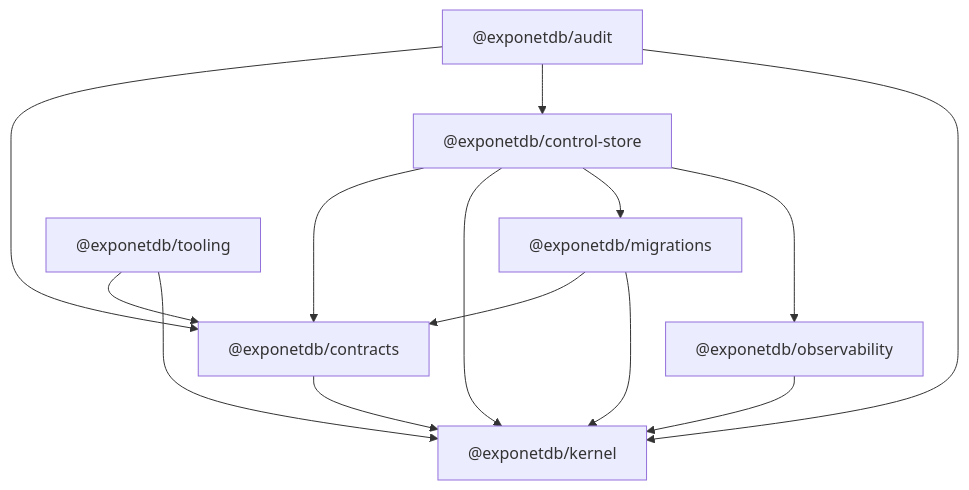
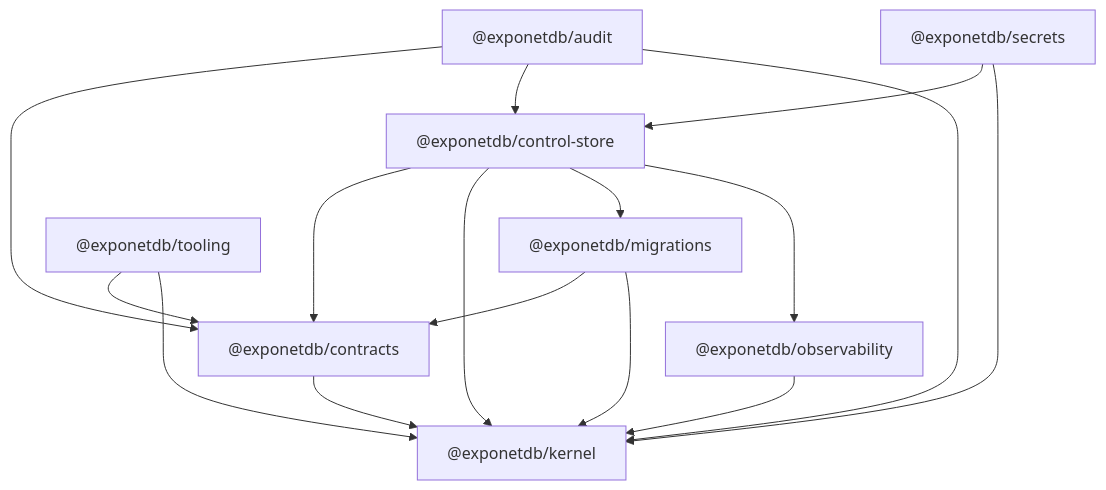
One commit to davdxpx/ExponetDB changed the diagram in tooling/boundaries/package-graph.md. Above: the diagram before and after it, drawn with Mermaid. The commit also changed 26 other files, not shown here.

````diff
--- a/tooling/boundaries/package-graph.md
+++ b/tooling/boundaries/package-graph.md
@@ -7,23 +7,26 @@
 ```mermaid
 graph TD
   packages_audit["@exponetdb/audit"]
   packages_contracts["@exponetdb/contracts"]
   packages_control-store["@exponetdb/control-store"]
   packages_kernel["@exponetdb/kernel"]
   packages_migrations["@exponetdb/migrations"]
   packages_observability["@exponetdb/observability"]
+  packages_secrets["@exponetdb/secrets"]
   tooling["@exponetdb/tooling"]
   packages_audit["@exponetdb/audit"] --> packages_contracts
   packages_audit["@exponetdb/audit"] --> packages_control-store
   packages_audit["@exponetdb/audit"] --> packages_kernel
   packages_contracts["@exponetdb/contracts"] --> packages_kernel
   packages_control-store["@exponetdb/control-store"] --> packages_contracts
   packages_control-store["@exponetdb/control-store"] --> packages_kernel
   packages_control-store["@exponetdb/control-store"] --> packages_migrations
   packages_control-store["@exponetdb/control-store"] --> packages_observability
   packages_migrations["@exponetdb/migrations"] --> packages_contracts
   packages_migrations["@exponetdb/migrations"] --> packages_kernel
   packages_observability["@exponetdb/observability"] --> packages_kernel
+  packages_secrets["@exponetdb/secrets"] --> packages_control-store
+  packages_secrets["@exponetdb/secrets"] --> packages_kernel
   tooling["@exponetdb/tooling"] --> packages_contracts
   tooling["@exponetdb/tooling"] --> packages_kernel
 ```
````
